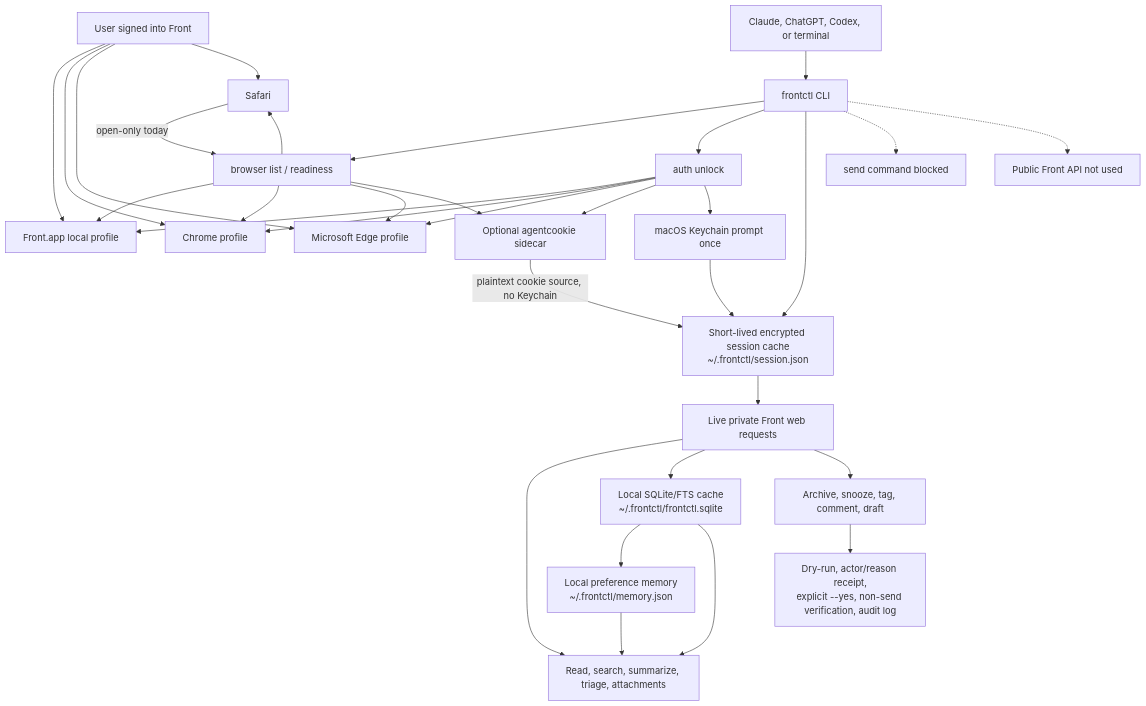
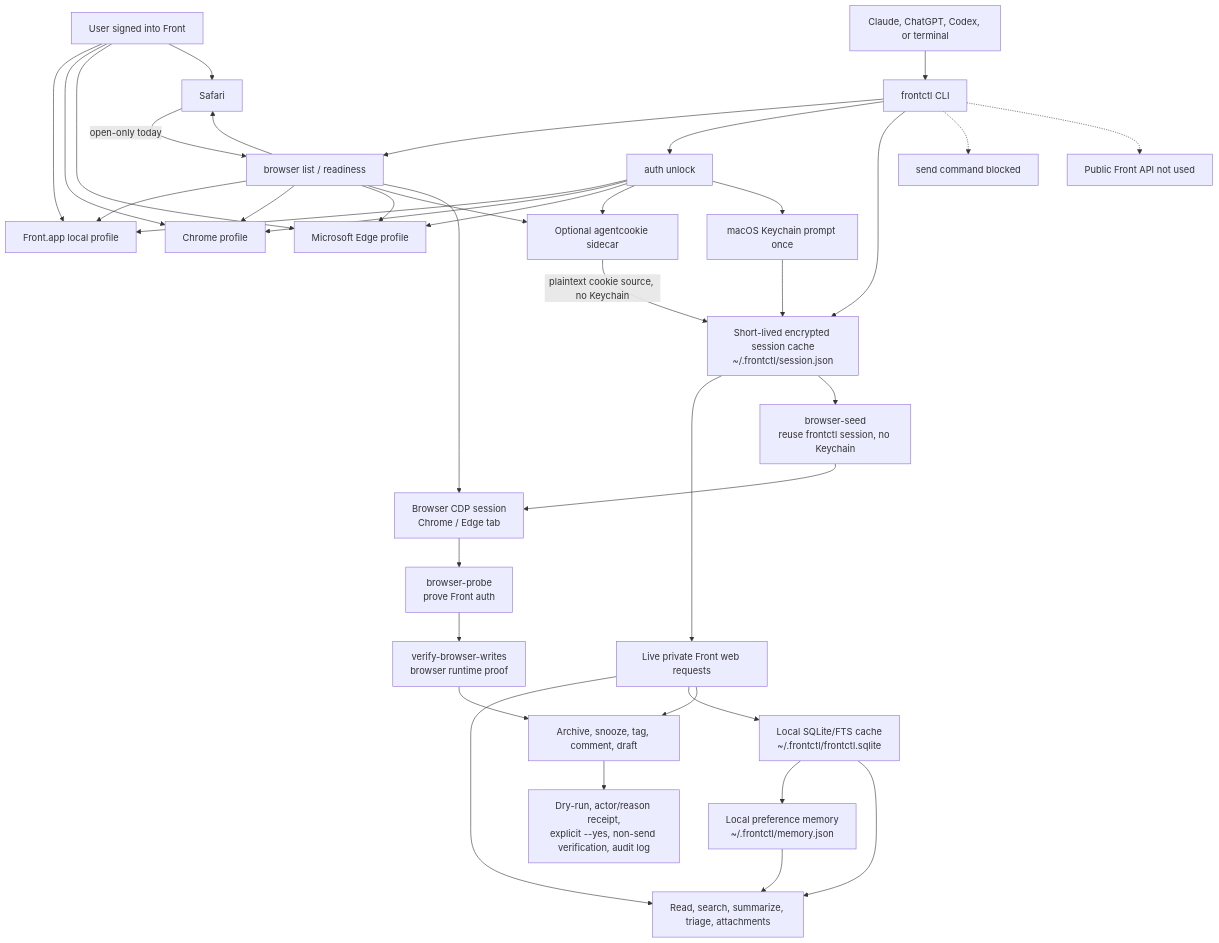
One commit to arjshiv/frontctl changed the diagram in README.md. Above: the diagram before and after it, drawn with Mermaid. The commit also changed other lines of this file, not shown here.

Commit message:
docs: update frontctl browser verification flow

````diff
--- a/README.md
+++ b/README.md
@@ -41,63 +41,73 @@
 ```mermaid
 flowchart TD
   user["User signed into Front"]
   agent["Claude, ChatGPT, Codex, or terminal"]
   cli["frontctl CLI"]
 
   frontApp["Front.app local profile"]
   chrome["Chrome profile"]
   edge["Microsoft Edge profile"]
   safari["Safari"]
   agentcookie["Optional agentcookie sidecar"]
 
   browserList["browser list / readiness"]
   unlock["auth unlock"]
   keychain["macOS Keychain prompt once"]
   session["Short-lived encrypted session cache<br/>~/.frontctl/session.json"]
 
   live["Live private Front web requests"]
+  browserCdp["Browser CDP session<br/>Chrome / Edge tab"]
+  browserProbe["browser-probe<br/>prove Front auth"]
+  browserSeed["browser-seed<br/>reuse frontctl session, no Keychain"]
+  browserVerify["verify-browser-writes<br/>browser runtime proof"]
   cache["Local SQLite/FTS cache<br/>~/.frontctl/frontctl.sqlite"]
   memory["Local preference memory<br/>~/.frontctl/memory.json"]
   readOnly["Read, search, summarize, triage, attachments"]
   guarded["Archive, snooze, tag, comment, draft"]
   verifier["Dry-run, actor/reason receipt,<br/>explicit --yes, non-send verification, audit log"]
 
   blockedSend["send command blocked"]
   publicApi["Public Front API not used"]
 
   user --> frontApp
   user --> chrome
   user --> edge
   user --> safari
   agent --> cli
 
   cli --> browserList
   browserList --> frontApp
   browserList --> chrome
   browserList --> edge
   browserList --> safari
   browserList --> agentcookie
 
   cli --> unlock
   unlock --> frontApp
   unlock --> chrome
   unlock --> edge
   unlock --> agentcookie
   safari -->|"open-only today"| browserList
   unlock --> keychain
   keychain --> session
   agentcookie -->|"plaintext cookie source, no Keychain"| session
 
   cli --> session
   session --> live
+  session --> browserSeed
+  browserSeed --> browserCdp
+  browserList --> browserCdp
+  browserCdp --> browserProbe
+  browserProbe --> browserVerify
+  browserVerify --> guarded
   live --> readOnly
   live --> cache
   cache --> memory
   cache --> readOnly
   memory --> readOnly
   live --> guarded
   guarded --> verifier
 
   cli -.-> blockedSend
   cli -.-> publicApi
 ```
````
